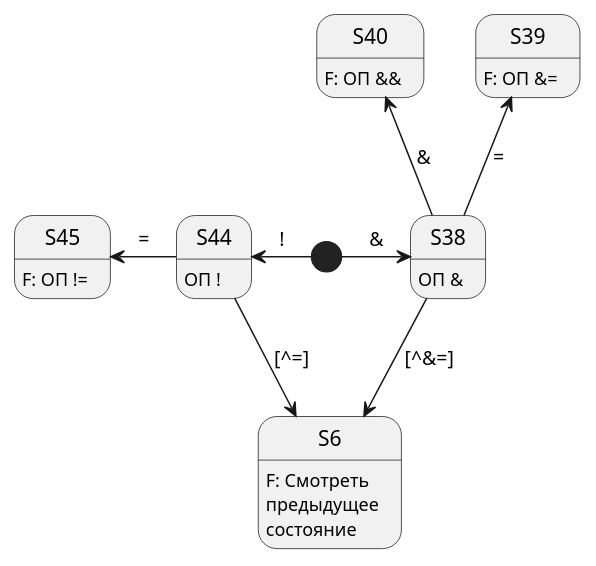
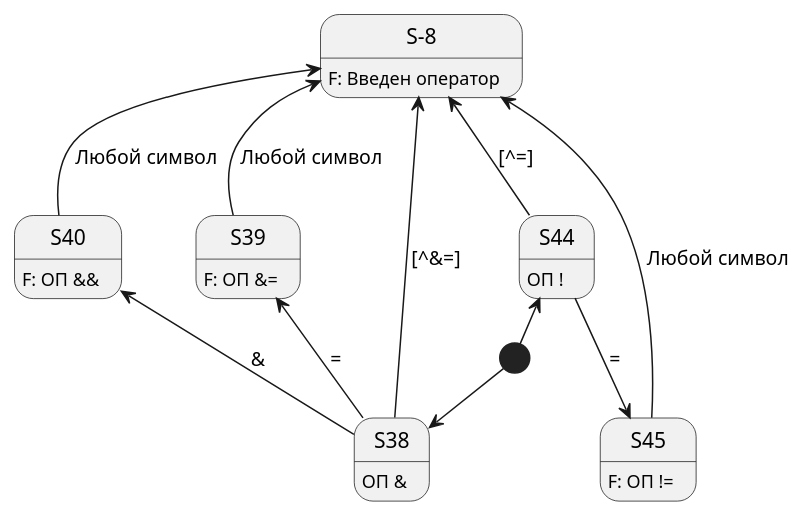
Before and after one commit to vladimirlll/CSharpLexicalAnalyzer: the diagram in Диаграмма состояния для ЛА/sd5.puml, drawn with PlantUML. The commit also changed 12 other files, not shown here.

```diff
--- a/Диаграмма состояния для ЛА/sd5.puml
+++ b/Диаграмма состояния для ЛА/sd5.puml
@@ -1,19 +1,23 @@
 @startuml "sd5"
+
+state "S-8" as Operator
+Operator : F: Введен оператор
 
 [*] -right-> S38 : &
 S38 -up-> S39 : =
 S38 -up-> S40 : &
 S39 : F: ОП &=
 S38 : ОП &
 S40 : F: ОП &&
-S38 -down-> S6 : [^&=]
+S38 -up-> Operator : [^&=]
+S39 -up-> Operator : Любой символ
+S40 -up-> Operator : Любой символ
 
 [*] -left-> S44 : !
-S44 -left-> S45 : =
+S44 -down-> S45 : =
 S45 : F: ОП !=
 S44 : ОП !
-S44 -down-> S6 : [^=]
-
-S6 : F: Смотреть\nпредыдущее\nсостояние
+S44 -up-> Operator : [^=]
+S45 -up-> Operator : Любой символ
 
 @enduml
```
